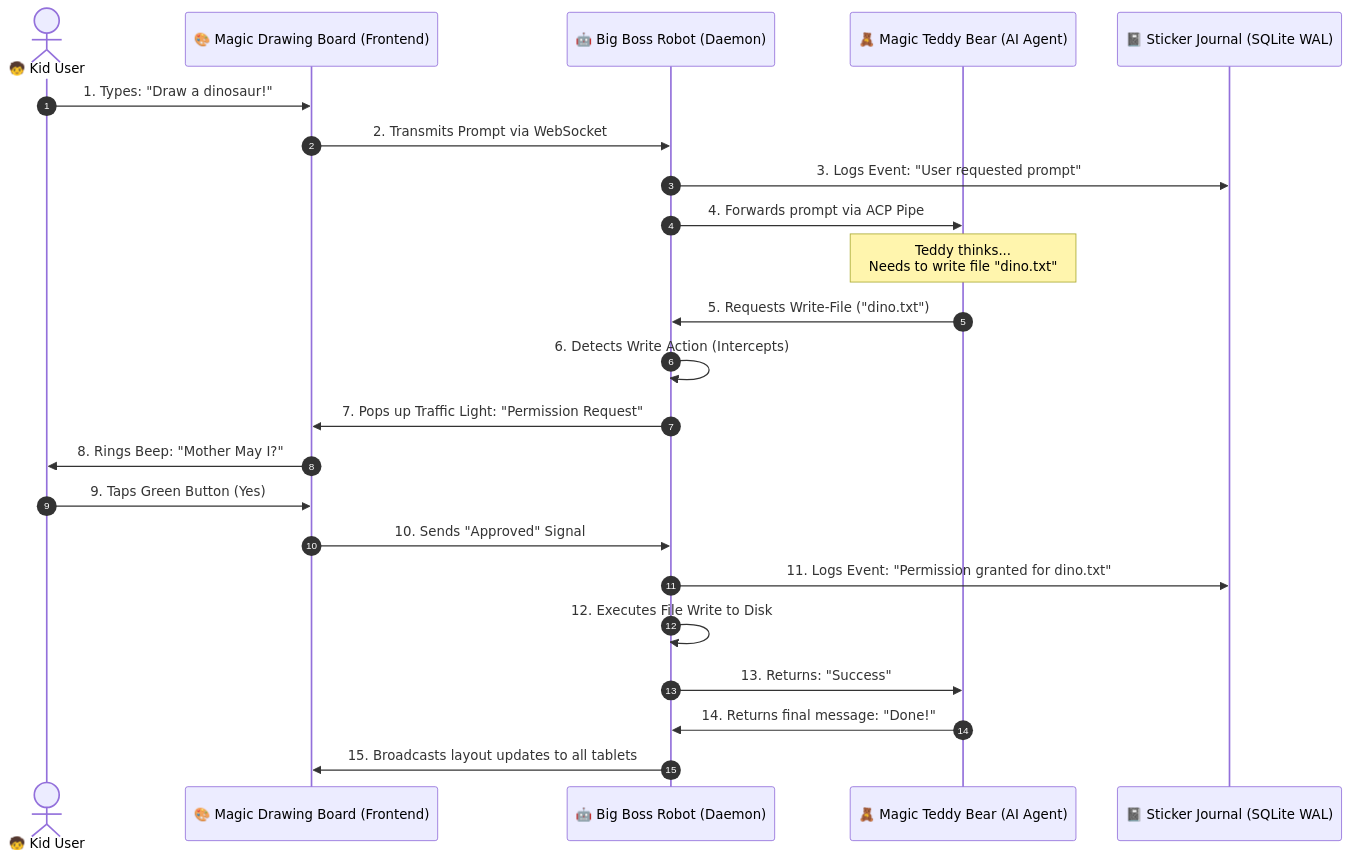
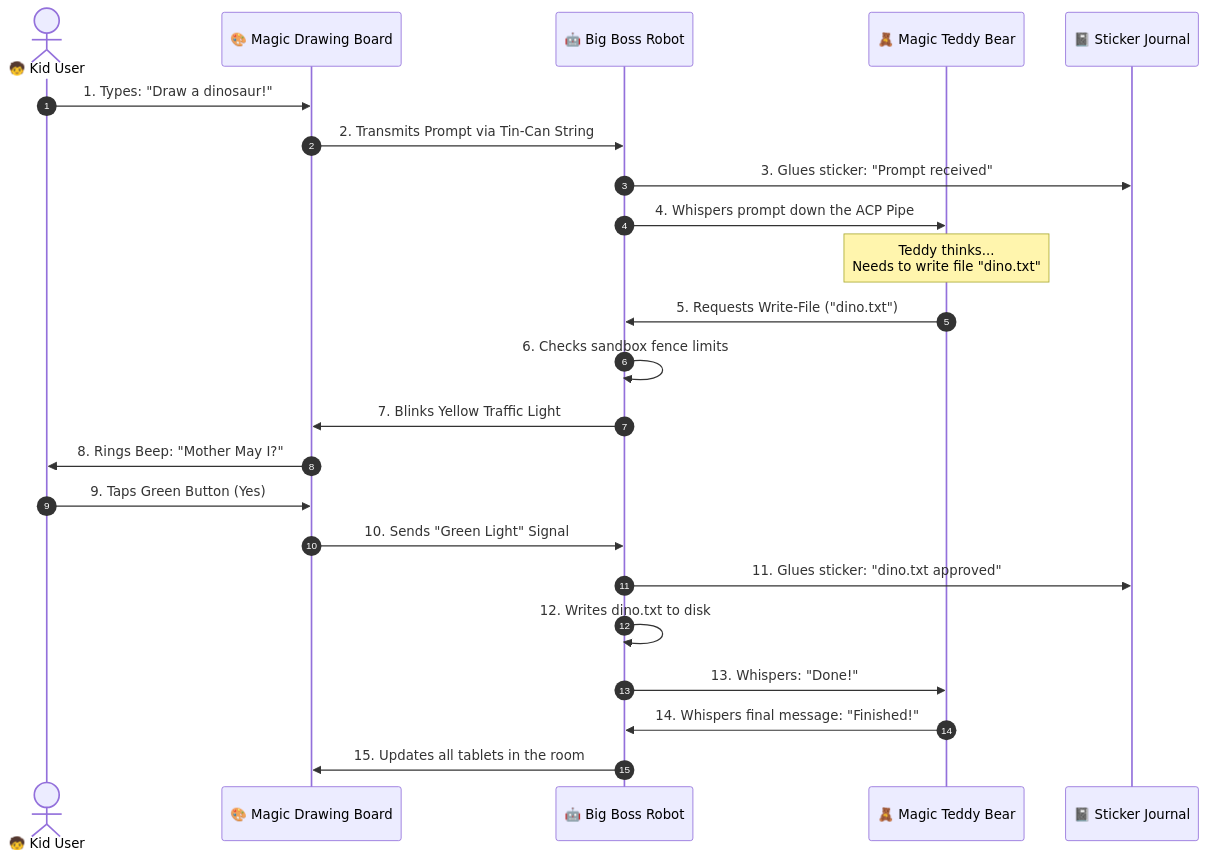
One commit to Ammon0020/project-hail-larry changed the diagram in README.md. Above: the diagram before and after it, drawn with Mermaid. The commit also changed other lines of this file, not shown here.

````diff
--- a/README.md
+++ b/README.md
@@ -40,26 +51,26 @@
 ```mermaid
 sequenceDiagram
     autonumber
     actor Kid as 🧒 Kid User
-    participant MagicBoard as 🎨 Magic Drawing Board (Frontend)
-    participant Robot as 🤖 Big Boss Robot (Daemon)
-    participant Teddy as 🧸 Magic Teddy Bear (AI Agent)
-    participant StickerBook as 📓 Sticker Journal (SQLite WAL)
+    participant MagicBoard as 🎨 Magic Drawing Board
+    participant Robot as 🤖 Big Boss Robot
+    participant Teddy as 🧸 Magic Teddy Bear
+    participant StickerBook as 📓 Sticker Journal
 
     Kid->>MagicBoard: 1. Types: "Draw a dinosaur!"
-    MagicBoard->>Robot: 2. Transmits Prompt via WebSocket
-    Robot->>StickerBook: 3. Logs Event: "User requested prompt"
-    Robot->>Teddy: 4. Forwards prompt via ACP Pipe
+    MagicBoard->>Robot: 2. Transmits Prompt via Tin-Can String
+    Robot->>StickerBook: 3. Glues sticker: "Prompt received"
+    Robot->>Teddy: 4. Whispers prompt down the ACP Pipe
     Note over Teddy: Teddy thinks...<br/>Needs to write file "dino.txt"
     Teddy->>Robot: 5. Requests Write-File ("dino.txt")
-    Robot->>Robot: 6. Detects Write Action (Intercepts)
-    Robot->>MagicBoard: 7. Pops up Traffic Light: "Permission Request"
+    Robot->>Robot: 6. Checks sandbox fence limits
+    Robot->>MagicBoard: 7. Blinks Yellow Traffic Light
     MagicBoard->>Kid: 8. Rings Beep: "Mother May I?"
     Kid->>MagicBoard: 9. Taps Green Button (Yes)
-    MagicBoard->>Robot: 10. Sends "Approved" Signal
-    Robot->>StickerBook: 11. Logs Event: "Permission granted for dino.txt"
-    Robot->>Robot: 12. Executes File Write to Disk
-    Robot->>Teddy: 13. Returns: "Success"
-    Teddy->>Robot: 14. Returns final message: "Done!"
-    Robot->>MagicBoard: 15. Broadcasts layout updates to all tablets
+    MagicBoard->>Robot: 10. Sends "Green Light" Signal
+    Robot->>StickerBook: 11. Glues sticker: "dino.txt approved"
+    Robot->>Robot: 12. Writes dino.txt to disk
+    Robot->>Teddy: 13. Whispers: "Done!"
+    Teddy->>Robot: 14. Whispers final message: "Finished!"
+    Robot->>MagicBoard: 15. Updates all tablets in the room
 ```
````
